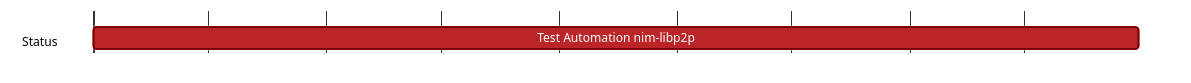
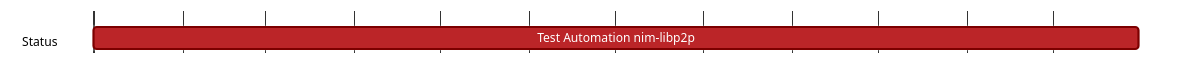
One commit to logos-co/roadmap changed the diagram in content/vac/qa/g/vac/test-automation-nim-libp2p.md. Above: the diagram before and after it, drawn with Mermaid.

````diff
--- a/content/vac/qa/g/vac/test-automation-nim-libp2p.md
+++ b/content/vac/qa/g/vac/test-automation-nim-libp2p.md
@@ -7,20 +7,20 @@
 ```mermaid
 %%{ 
   init: { 
     'theme': 'base', 
     'themeVariables': { 
       'primaryColor': '#BB2528', 
       'primaryTextColor': '#fff', 
       'primaryBorderColor': '#7C0000', 
       'lineColor': '#F8B229', 
       'secondaryColor': '#006100', 
       'tertiaryColor': '#fff' 
     } 
   } 
 }%%
 gantt
   tickInterval 1month
   dateFormat YYYY-MM-DD 
   section Status
-    Test Automation nim-libp2p:  2024-04-01, 2024-12-31
+    Test Automation nim-libp2p:  2024-01-01, 2024-12-31
 ```
````
